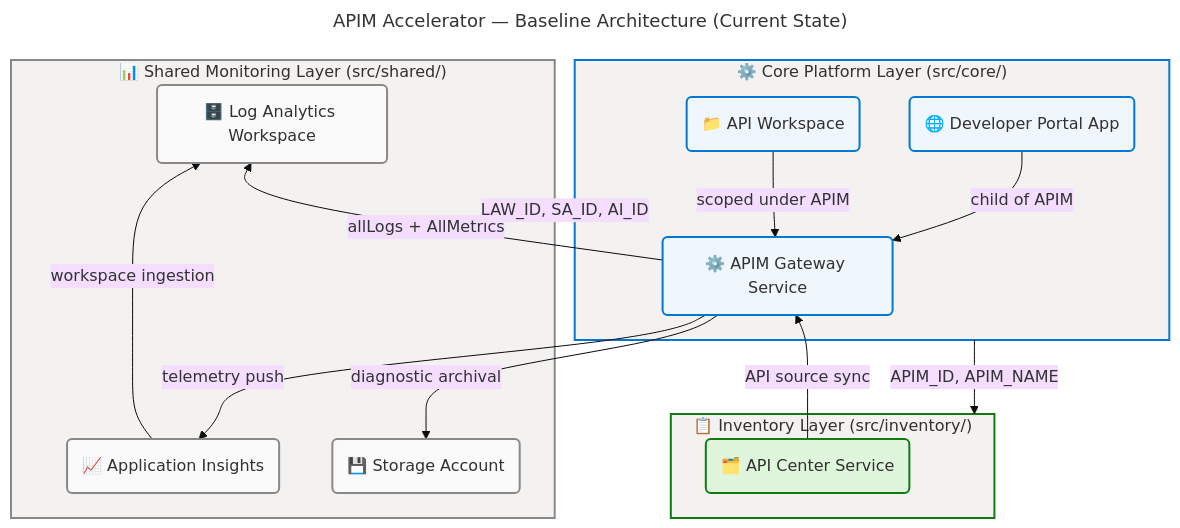
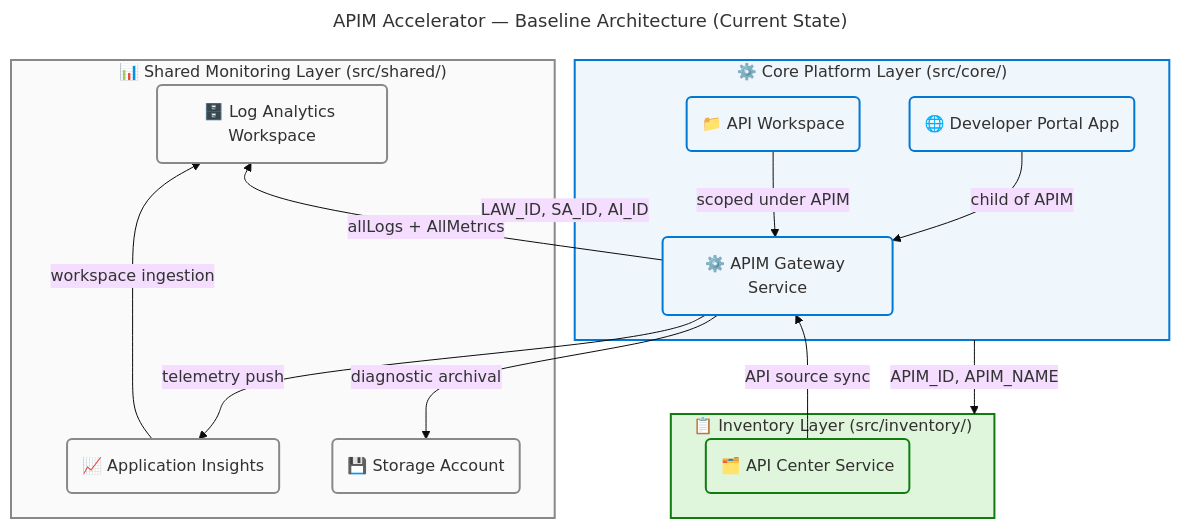
Before and after one commit to Evilazaro/APIM-Accelerator: the fifth of 8 diagrams in docs/architecture/application-architecture.md, drawn with Mermaid. The commit also changed other lines of this file, not shown here.

Commit message:
style: update flowchart colors for consistency and improved clarity in application architecture diagrams

````diff
--- a/docs/architecture/application-architecture.md
+++ b/docs/architecture/application-architecture.md
@@ -502,61 +502,61 @@
 ```mermaid
 ---
 title: "APIM Accelerator — Baseline Architecture (Current State)"
 config:
   theme: base
   look: classic
   layout: dagre
   themeVariables:
     fontSize: '16px'
   flowchart:
     htmlLabels: true
 ---
 flowchart TB
     accTitle: APIM Accelerator Baseline Architecture Current State
     accDescr: Current state baseline architecture showing all seven deployed services across the three module layers with their dependency relationships and protocol connections
 
     %% ═══════════════════════════════════════════════════════════════════════════
     %% AZURE / FLUENT ARCHITECTURE PATTERN v1.1
     %% (Semantic + Structural + Font + Accessibility Governance)
     %% ═══════════════════════════════════════════════════════════════════════════
     %% PHASE 1 - FLUENT UI: All styling uses approved Fluent UI palette only
     %% PHASE 2 - GROUPS: Every subgraph has semantic color via style directive
     %% PHASE 3 - COMPONENTS: Every node has semantic classDef + icon prefix
     %% PHASE 4 - ACCESSIBILITY: accTitle/accDescr present, WCAG AA contrast
     %% PHASE 5 - STANDARD: Governance block present, classDefs centralized
     %% ═══════════════════════════════════════════════════════════════════════════
 
     subgraph SHARED_LAYER["📊 Shared Monitoring Layer (src/shared/)"]
         LAW("🗄️ Log Analytics Workspace"):::neutral
         APPINS("📈 Application Insights"):::neutral
         SA("💾 Storage Account"):::neutral
     end
 
     subgraph CORE_LAYER["⚙️ Core Platform Layer (src/core/)"]
         APIM("⚙️ APIM Gateway Service"):::core
         PORTAL("🌐 Developer Portal App"):::core
         WS("📁 API Workspace"):::core
     end
 
     subgraph INV_LAYER["📋 Inventory Layer (src/inventory/)"]
         APIC("🗂️ API Center Service"):::success
     end
 
     SHARED_LAYER -->|"LAW_ID, SA_ID, AI_ID"| CORE_LAYER
     CORE_LAYER -->|"APIM_ID, APIM_NAME"| INV_LAYER
     APIM -->|"allLogs + AllMetrics"| LAW
     APIM -->|"telemetry push"| APPINS
     APIM -->|"diagnostic archival"| SA
     APPINS -->|"workspace ingestion"| LAW
     PORTAL -->|"child of APIM"| APIM
     WS -->|"scoped under APIM"| APIM
     APIC -->|"API source sync"| APIM
 
     classDef neutral fill:#FAFAFA,stroke:#8A8886,stroke-width:2px,color:#323130
     classDef core fill:#EFF6FC,stroke:#0078D4,stroke-width:2px,color:#323130
     classDef success fill:#DFF6DD,stroke:#107C10,stroke-width:2px,color:#323130
 
-    style SHARED_LAYER fill:#F3F2F1,stroke:#8A8886,stroke-width:2px,color:#323130
-    style CORE_LAYER fill:#F3F2F1,stroke:#0078D4,stroke-width:2px,color:#323130
-    style INV_LAYER fill:#F3F2F1,stroke:#107C10,stroke-width:2px,color:#323130
+    style SHARED_LAYER fill:#FAFAFA,stroke:#8A8886,stroke-width:2px,color:#323130
+    style CORE_LAYER fill:#EFF6FC,stroke:#0078D4,stroke-width:2px,color:#323130
+    style INV_LAYER fill:#DFF6DD,stroke:#107C10,stroke-width:2px,color:#323130
 ```
````
